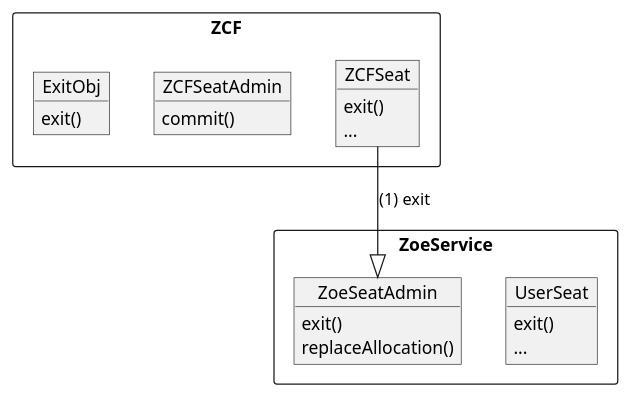
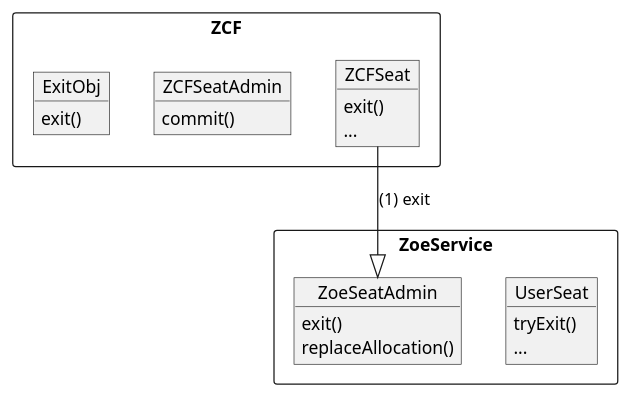
The diagram in packages/zoe/docs/zcf-seat-exit-flow.puml (Agoric/agoric-sdk), drawn with PlantUML before and after one commit. The commit also changed 11 other files, not shown here.

Commit message:
chore: rename userSeat.exit() to tryExit()

```diff
--- a/packages/zoe/docs/zcf-seat-exit-flow.puml
+++ b/packages/zoe/docs/zcf-seat-exit-flow.puml
@@ -1,26 +1,26 @@
 @startuml ZCFSeat.exit() flow
 
 package ZoeService <<Rectangle>> {
   object UserSeat
-  UserSeat : exit()
+  UserSeat : tryExit()
   UserSeat : ...
 
   object ZoeSeatAdmin
   ZoeSeatAdmin : exit()
   ZoeSeatAdmin : replaceAllocation()
 }
 
 package ZCF <<Rectangle>> {
   object ZCFSeat
   ZCFSeat : exit()
   ZCFSeat : ...
 
   object ZCFSeatAdmin
   ZCFSeatAdmin : commit()
 
   object ExitObj
   ExitObj : exit()
 }
 
 ZCFSeat --|> ZoeSeatAdmin : (1) exit
 @enduml
```
